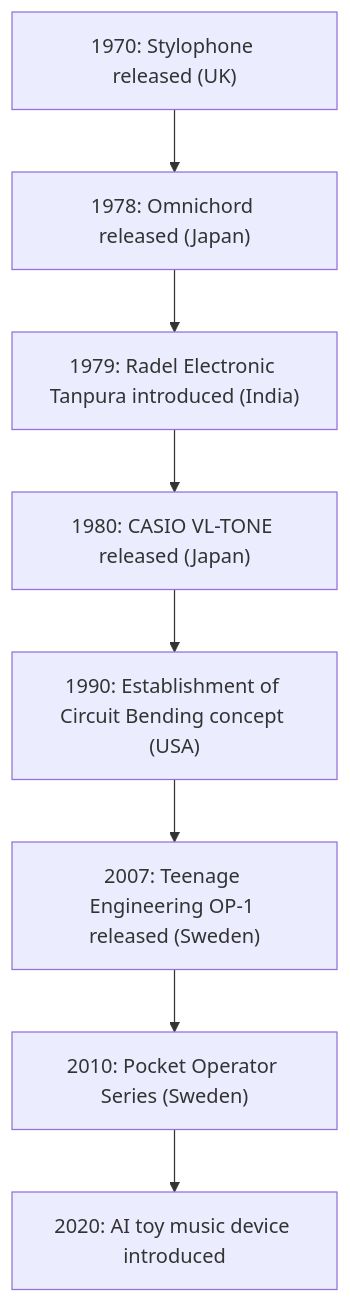
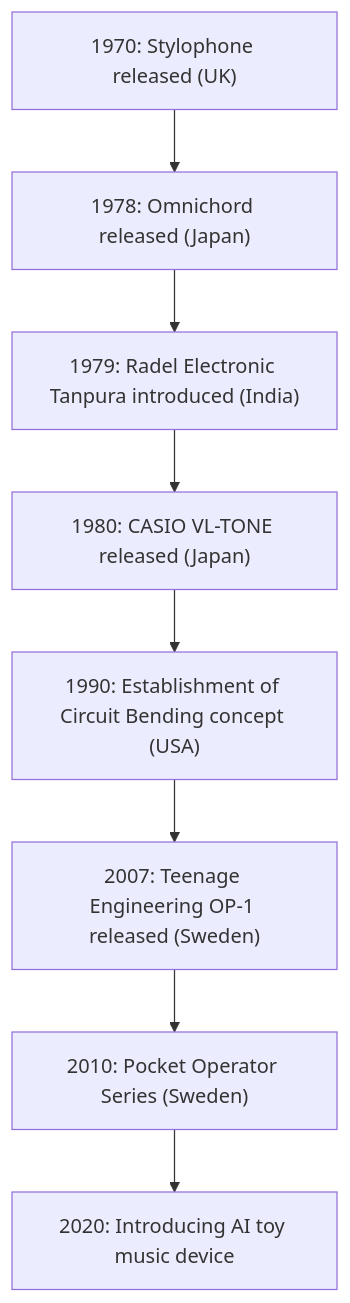
The diagram in en/_posts/2025-10-12-Column-Strange-Musical-Toys.md (monumental-movement/monumental-movement.github.io), drawn with Mermaid before and after one commit. The commit also changed other lines of this file and 321 other files, not shown here.

```diff
--- a/en/_posts/2025-10-12-Column-Strange-Musical-Toys.md
+++ b/en/_posts/2025-10-12-Column-Strange-Musical-Toys.md
@@ -211,16 +211,16 @@
 <div class="mermaid">
 
 flowchart TD
 
     A1970["1970: Stylophone released (UK)"]
     B1978["1978: Omnichord released (Japan)"]
     C1979["1979: Radel Electronic Tanpura introduced (India)"]
     D1980["1980: CASIO VL-TONE released (Japan)"]
     E1990["1990: Establishment of Circuit Bending concept (USA)"]
     F2007["2007: Teenage Engineering OP-1 released (Sweden)"]
     G2010["2010: Pocket Operator Series (Sweden)"]
-    H2020["2020: AI toy music device introduced"]
+    H2020["2020: Introducing AI toy music device"]
     
     A1970 --> B1978 --> C1979 --> D1980 --> E1990 --> F2007 --> G2010 --> H2020
 
 </div>
```
